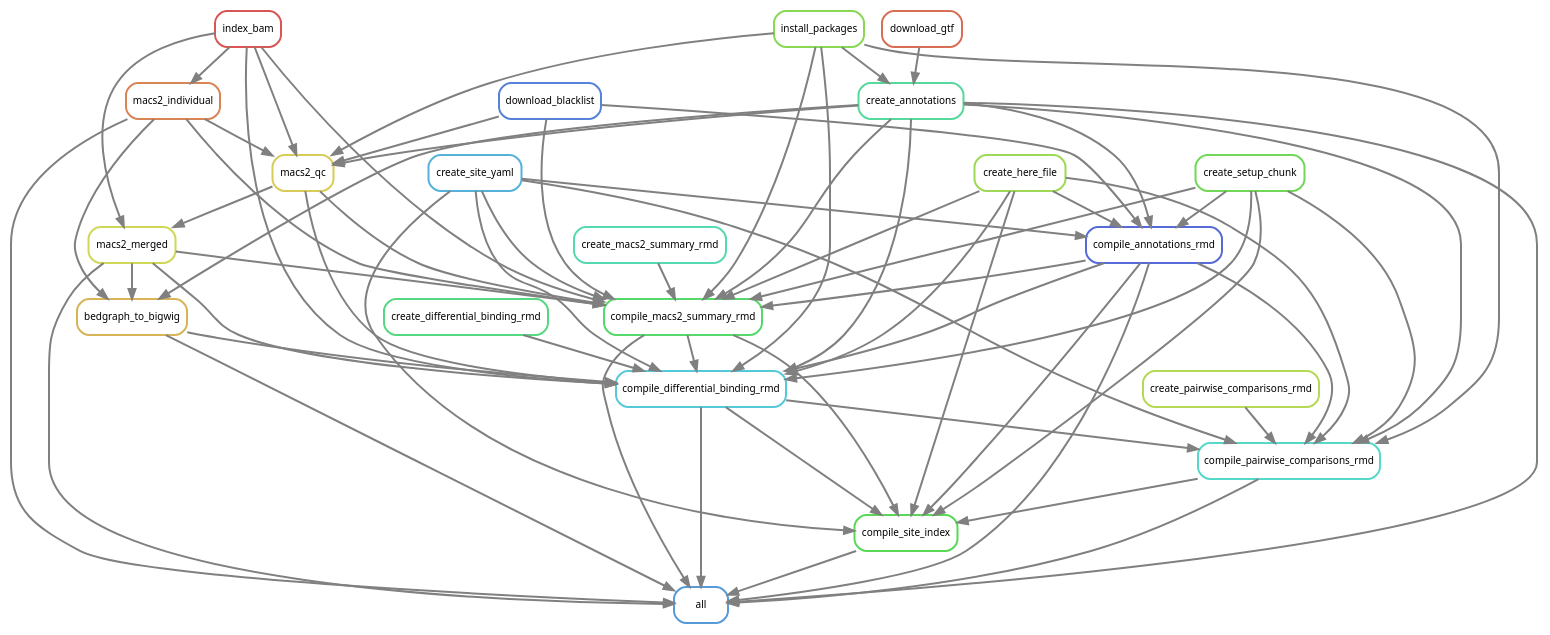
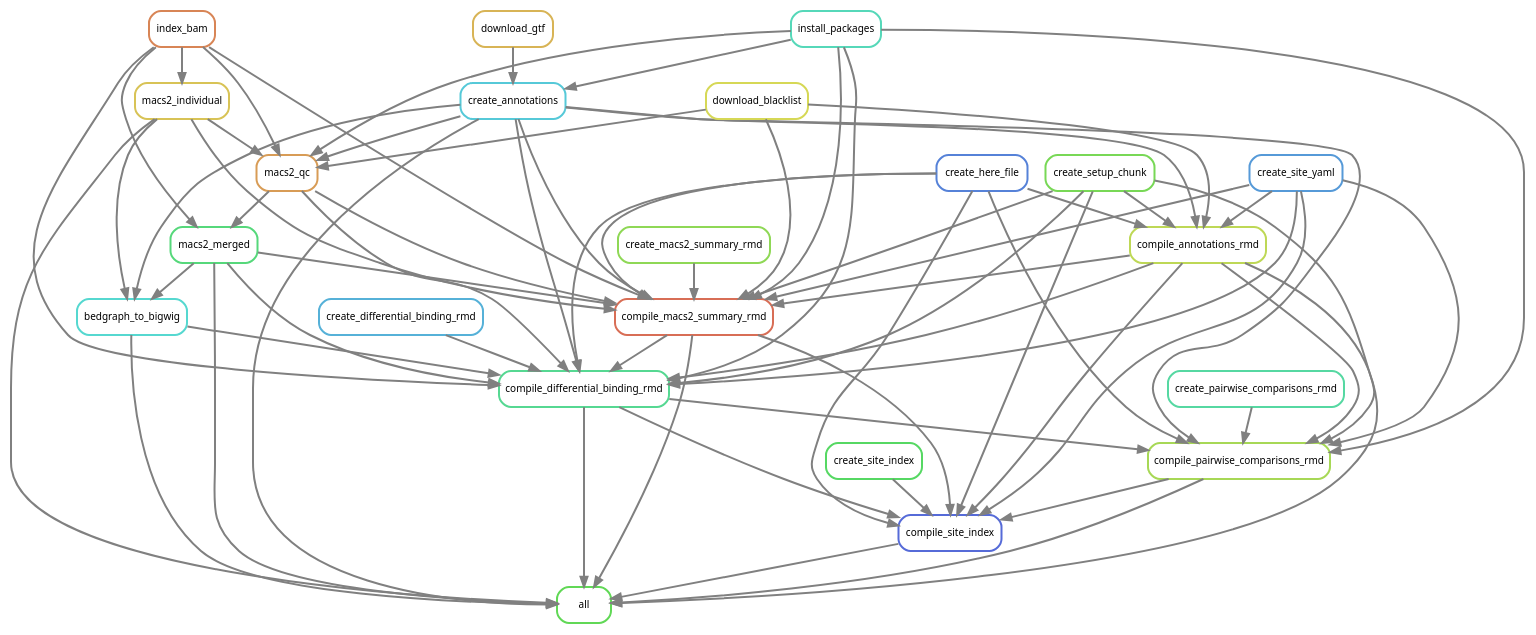
Before and after one commit to smped/GRAVI: the diagram in workflow/rules/rulegraph.dot, drawn with Graphviz. The commit also changed 4 other files, not shown here.

Commit message:
Moved index.Rmd to workflow/modules

```diff
--- a/workflow/rules/rulegraph.dot
+++ b/workflow/rules/rulegraph.dot
@@ -1,92 +1,94 @@
 digraph snakemake_dag {
     graph[bgcolor=white, margin=0];
     node[shape=box, style=rounded, fontname=sans,                 fontsize=10, penwidth=2];
     edge[penwidth=2, color=grey];
-	0[label = "all", color = "0.58 0.6 0.85", style="rounded"];
-	1[label = "create_annotations", color = "0.42 0.6 0.85", style="rounded"];
-	2[label = "download_gtf", color = "0.03 0.6 0.85", style="rounded"];
-	3[label = "install_packages", color = "0.27 0.6 0.85", style="rounded"];
-	4[label = "compile_annotations_rmd", color = "0.64 0.6 0.85", style="rounded"];
-	5[label = "download_blacklist", color = "0.61 0.6 0.85", style="rounded"];
-	6[label = "create_here_file", color = "0.24 0.6 0.85", style="rounded"];
-	7[label = "create_setup_chunk", color = "0.30 0.6 0.85", style="rounded"];
-	8[label = "create_site_yaml", color = "0.55 0.6 0.85", style="rounded"];
-	9[label = "compile_macs2_summary_rmd", color = "0.36 0.6 0.85", style="rounded"];
-	10[label = "index_bam", color = "0.00 0.6 0.85", style="rounded"];
-	11[label = "macs2_qc", color = "0.15 0.6 0.85", style="rounded"];
-	12[label = "macs2_individual", color = "0.06 0.6 0.85", style="rounded"];
-	13[label = "macs2_merged", color = "0.18 0.6 0.85", style="rounded"];
-	14[label = "create_macs2_summary_rmd", color = "0.45 0.6 0.85", style="rounded"];
-	15[label = "compile_differential_binding_rmd", color = "0.52 0.6 0.85", style="rounded"];
-	16[label = "bedgraph_to_bigwig", color = "0.12 0.6 0.85", style="rounded"];
-	17[label = "create_differential_binding_rmd", color = "0.39 0.6 0.85", style="rounded"];
-	18[label = "compile_pairwise_comparisons_rmd", color = "0.48 0.6 0.85", style="rounded"];
-	19[label = "create_pairwise_comparisons_rmd", color = "0.21 0.6 0.85", style="rounded"];
-	20[label = "compile_site_index", color = "0.33 0.6 0.85", style="rounded"];
+	0[label = "all", color = "0.32 0.6 0.85", style="rounded"];
+	1[label = "create_annotations", color = "0.52 0.6 0.85", style="rounded"];
+	2[label = "download_gtf", color = "0.12 0.6 0.85", style="rounded"];
+	3[label = "install_packages", color = "0.46 0.6 0.85", style="rounded"];
+	4[label = "compile_annotations_rmd", color = "0.20 0.6 0.85", style="rounded"];
+	5[label = "download_blacklist", color = "0.17 0.6 0.85", style="rounded"];
+	6[label = "create_here_file", color = "0.61 0.6 0.85", style="rounded"];
+	7[label = "create_setup_chunk", color = "0.29 0.6 0.85", style="rounded"];
+	8[label = "create_site_yaml", color = "0.58 0.6 0.85", style="rounded"];
+	9[label = "compile_macs2_summary_rmd", color = "0.03 0.6 0.85", style="rounded"];
+	10[label = "index_bam", color = "0.06 0.6 0.85", style="rounded"];
+	11[label = "macs2_qc", color = "0.09 0.6 0.85", style="rounded"];
+	12[label = "macs2_individual", color = "0.14 0.6 0.85", style="rounded"];
+	13[label = "macs2_merged", color = "0.38 0.6 0.85", style="rounded"];
+	14[label = "create_macs2_summary_rmd", color = "0.26 0.6 0.85", style="rounded"];
+	15[label = "compile_differential_binding_rmd", color = "0.41 0.6 0.85", style="rounded"];
+	16[label = "bedgraph_to_bigwig", color = "0.49 0.6 0.85", style="rounded"];
+	17[label = "create_differential_binding_rmd", color = "0.55 0.6 0.85", style="rounded"];
+	18[label = "compile_pairwise_comparisons_rmd", color = "0.23 0.6 0.85", style="rounded"];
+	19[label = "create_pairwise_comparisons_rmd", color = "0.43 0.6 0.85", style="rounded"];
+	20[label = "compile_site_index", color = "0.64 0.6 0.85", style="rounded"];
+	21[label = "create_site_index", color = "0.35 0.6 0.85", style="rounded"];
+	18 -> 0
+	4 -> 0
+	9 -> 0
+	12 -> 0
+	13 -> 0
+	15 -> 0
+	16 -> 0
 	1 -> 0
-	12 -> 0
 	20 -> 0
-	9 -> 0
-	16 -> 0
-	13 -> 0
-	18 -> 0
-	15 -> 0
-	4 -> 0
+	3 -> 1
 	2 -> 1
-	3 -> 1
+	7 -> 4
+	1 -> 4
+	5 -> 4
+	8 -> 4
 	6 -> 4
-	1 -> 4
-	7 -> 4
-	8 -> 4
-	5 -> 4
+	4 -> 9
+	12 -> 9
 	10 -> 9
-	6 -> 9
-	1 -> 9
-	3 -> 9
-	12 -> 9
-	7 -> 9
-	8 -> 9
-	11 -> 9
 	13 -> 9
 	14 -> 9
+	7 -> 9
+	11 -> 9
+	3 -> 9
+	1 -> 9
 	5 -> 9
-	4 -> 9
+	8 -> 9
+	6 -> 9
+	12 -> 11
 	10 -> 11
+	3 -> 11
 	1 -> 11
-	3 -> 11
-	12 -> 11
 	5 -> 11
 	10 -> 12
 	10 -> 13
 	11 -> 13
+	4 -> 15
+	9 -> 15
+	13 -> 15
 	10 -> 15
+	7 -> 15
+	11 -> 15
+	3 -> 15
+	16 -> 15
+	1 -> 15
 	17 -> 15
+	8 -> 15
 	6 -> 15
-	1 -> 15
-	3 -> 15
-	7 -> 15
-	16 -> 15
-	9 -> 15
-	8 -> 15
-	11 -> 15
-	13 -> 15
-	4 -> 15
-	13 -> 16
 	1 -> 16
 	12 -> 16
+	13 -> 16
+	4 -> 18
+	7 -> 18
+	15 -> 18
+	19 -> 18
+	3 -> 18
+	1 -> 18
+	8 -> 18
 	6 -> 18
-	1 -> 18
-	3 -> 18
-	7 -> 18
-	8 -> 18
-	19 -> 18
-	15 -> 18
-	4 -> 18
+	18 -> 20
+	4 -> 20
+	9 -> 20
+	7 -> 20
+	15 -> 20
+	21 -> 20
+	8 -> 20
 	6 -> 20
-	7 -> 20
-	9 -> 20
-	8 -> 20
-	18 -> 20
-	15 -> 20
-	4 -> 20
 }            
```
